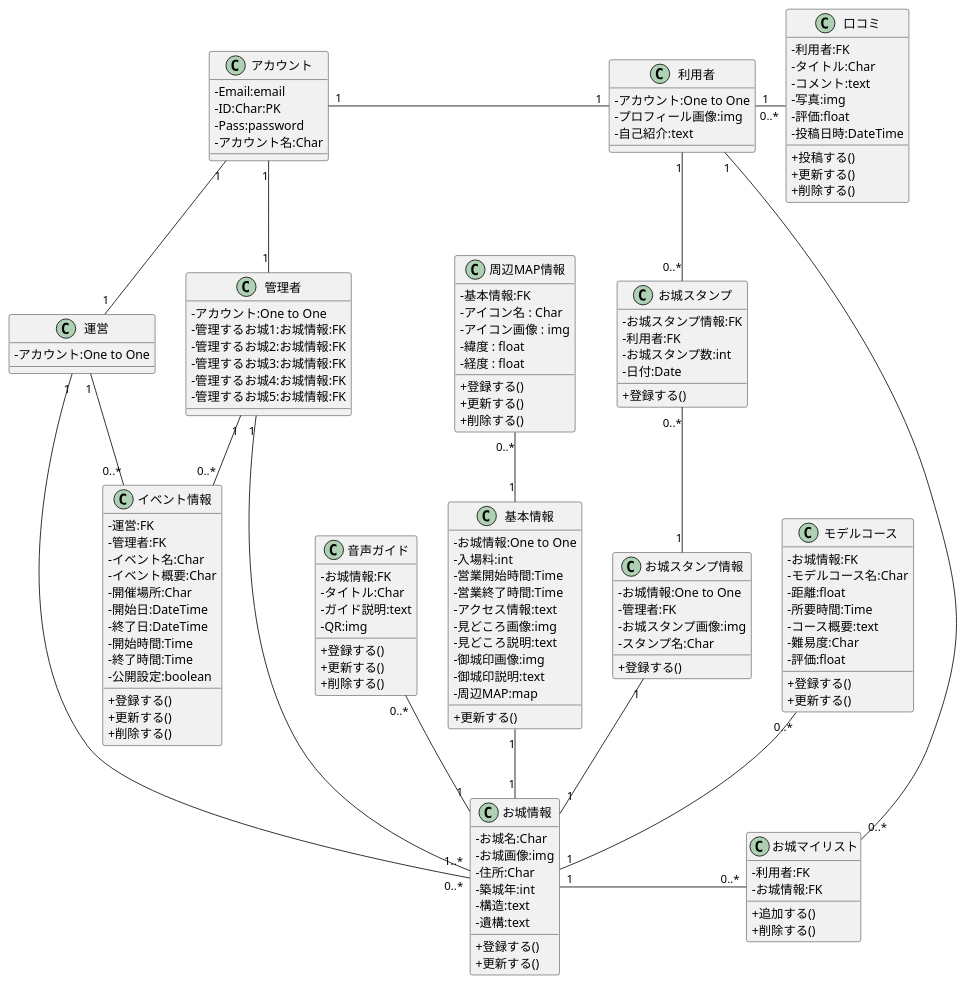
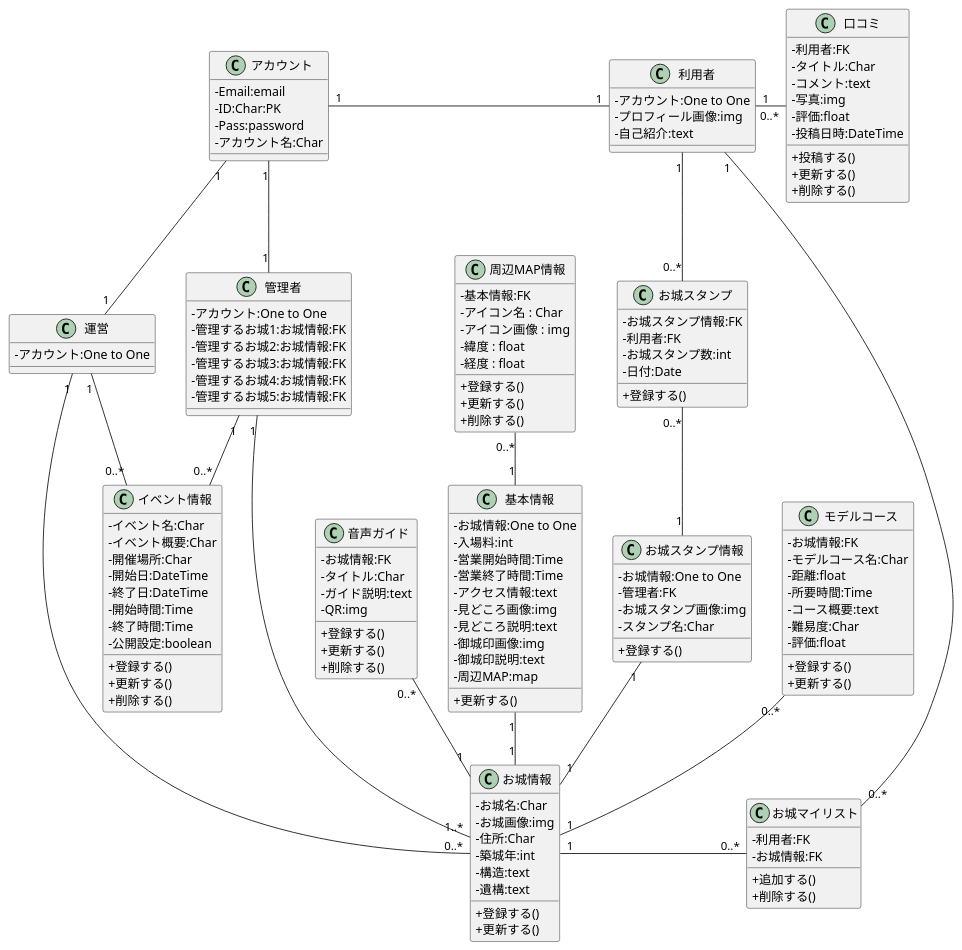
Before and after one commit to K-Rinrin/GroupE: the diagram in お城/お城/設計書/お城_クラス図.pu, drawn with PlantUML. The commit also changed 4 other files, not shown here.

```diff
--- a/お城/お城/設計書/お城_クラス図.pu
+++ b/お城/お城/設計書/お城_クラス図.pu
@@ -1,174 +1,175 @@
 @startuml お城_クラス図
 
 skinparam classAttributeIconSize 0
 ' ========================================
 ' クラス図の定義
 ' ========================================
 
 class "お城情報"{
     - お城名:Char
     - お城画像:img
     - 住所:Char
     - 築城年:int
     - 構造:text
     - 遺構:text
     + 登録する()
     + 更新する()
 }
 
 class "イベント情報"{
-    - 運営:FK
-    - 管理者:FK
     - イベント名:Char
     - イベント概要:Char
     - 開催場所:Char
     - 開始日:DateTime
     - 終了日:DateTime
     - 開始時間:Time
     - 終了時間:Time
     - 公開設定:boolean
     + 登録する()
     + 更新する()
     + 削除する()
 }
+
+
+
 
 class "音声ガイド"{
     - お城情報:FK
     - タイトル:Char
     - ガイド説明:text
     - QR:img
     + 登録する()
     + 更新する()
     + 削除する()
 }
 
 
 class "周辺MAP情報"{
     - 基本情報:FK
     - アイコン名 : Char
     - アイコン画像 : img
     - 緯度 : float
     - 経度 : float
     + 登録する()
     + 更新する()
     + 削除する()
 }
 
 class "基本情報"{
     - お城情報:One to One
     - 入場料:int
     - 営業開始時間:Time
     - 営業終了時間:Time
     - アクセス情報:text
     - 見どころ画像:img
     - 見どころ説明:text
     - 御城印画像:img
     - 御城印説明:text
     - 周辺MAP:map
     + 更新する()
 }
 
 
 
 class "アカウント"{
     - Email:email
     - ID:Char:PK
     - Pass:password
     - アカウント名:Char
 }
 
 class "利用者"{
 
     - アカウント:One to One
     - プロフィール画像:img
     - 自己紹介:text
 }
 
 class "お城マイリスト"{
     - 利用者:FK
     - お城情報:FK
     + 追加する()
     + 削除する()
 }
 
 class "管理者"{
     - アカウント:One to One
     - 管理するお城1:お城情報:FK
     - 管理するお城2:お城情報:FK
     - 管理するお城3:お城情報:FK
     - 管理するお城4:お城情報:FK
     - 管理するお城5:お城情報:FK
 }
 
 class "運営"{
     - アカウント:One to One
 }
 
 class "口コミ"{
     - 利用者:FK
     - タイトル:Char
     - コメント:text
     - 写真:img
     - 評価:float
     - 投稿日時:DateTime
     + 投稿する()
     + 更新する()
     + 削除する()
 }
 
 
 class "お城スタンプ情報"{
     - お城情報:One to One
     - 管理者:FK
     - お城スタンプ画像:img
     - スタンプ名:Char
     + 登録する()
 }
 
 class "モデルコース"{
     - お城情報:FK
     - モデルコース名:Char
     - 距離:float
     - 所要時間:Time
     - コース概要:text
     - 難易度:Char
     - 評価:float
     + 登録する()
     + 更新する()
 }
 
 
 class "お城スタンプ"{
     - お城スタンプ情報:FK
     - 利用者:FK
     - お城スタンプ数:int
     - 日付:Date
     + 登録する()
 }
 
 
 
 ' ========================================
 ' クラス間の関連付け
 ' ========================================
 
 アカウント "1" - "1" 利用者
 アカウント "1" -- "1" 管理者
 アカウント "1" -- "1" 運営
 管理者 "1" -- "0..*" イベント情報
 運営 "1" -- "0..*" イベント情報
 利用者 "1" - "   0..*" 口コミ
 利用者 "1" -- "0..*" お城マイリスト
 利用者 "1" -- "0..*" お城スタンプ
 お城情報 "1" - "0..*" お城マイリスト
 お城スタンプ "0..*" -- "1" お城スタンプ情報
 お城スタンプ情報 "1" -- "1" お城情報
 運営 "1" -- "0..*" お城情報
 管理者 "1" -- "1..*" お城情報
 モデルコース "0..*" -- "1" お城情報
 音声ガイド "0..*" -- "1" お城情報
 周辺MAP情報 "0..*" -- "1" 基本情報
 基本情報 "1" -- "1" お城情報
 
 
 @enduml
```
